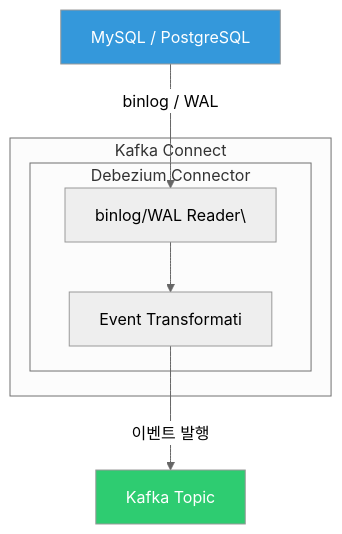
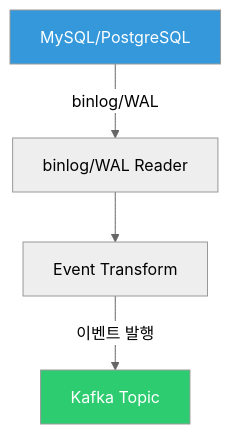
One commit to yjkim2015/yjkim2015.github.io changed the fourth of 6 diagrams in _posts/kafka/2026-05-01-kafka-outbox-cdc.md. Above: the diagram before and after it, drawn with Mermaid (neutral theme). The commit also changed 155 other files, not shown here.

First line of the commit message:
Mermaid 전면 수정: subgraph 제거, participant/노드/줄수 축소 (342블록)

````diff
--- a/_posts/kafka/2026-05-01-kafka-outbox-cdc.md
+++ b/_posts/kafka/2026-05-01-kafka-outbox-cdc.md
@@ -207,14 +207,8 @@
 ```mermaid
 flowchart TD
-    subgraph "Kafka Connect"
-        subgraph "Debezium Connector"
-            READER["binlog/WAL Reader\"]
-            SMT["Event Transformati"]
-            READER --> SMT
-        end
-    end
-    DB["MySQL / PostgreSQL"] -->|"binlog / WAL"| READER
+    READER["binlog/WAL Reader"] --> SMT["Event Transform"]
+    DB["MySQL/PostgreSQL"] -->|"binlog/WAL"| READER
     SMT -->|"이벤트 발행"| KAFKA["Kafka Topic"]
     style DB fill:#3498db,color:#fff
     style KAFKA fill:#2ecc71,color:#fff
 ```
````
